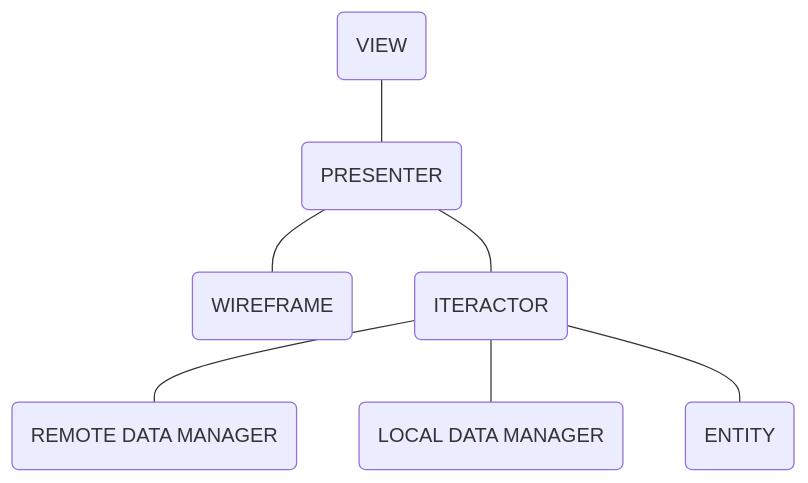
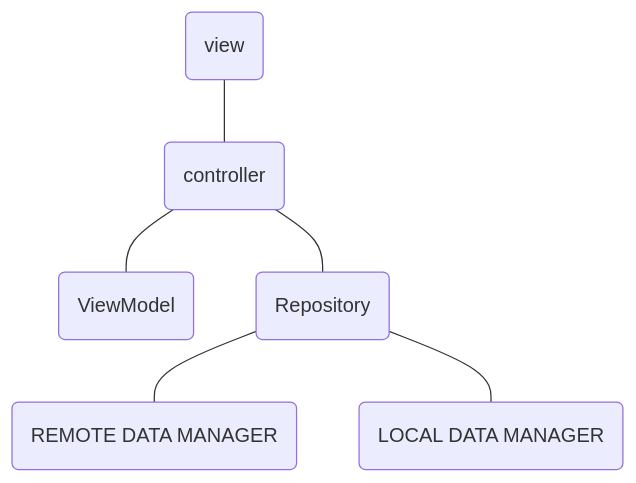
One commit to fiiss/mercadoLibreDev changed the first of 2 diagrams in README.md. Above: the diagram before and after it, drawn with Mermaid. The commit also changed other lines of this file, not shown here.

````diff
--- a/README.md
+++ b/README.md
@@ -42,10 +48,9 @@
-```mermaid
-
-graph TD
-A(VIEW)  --- B(PRESENTER)
-B --- C(WIREFRAME)
-B --- D(ITERACTOR)
-D --- E(REMOTE DATA MANAGER)
-D --- G(LOCAL DATA MANAGER)
-D --- F(ENTITY)
-```
+```mermaid  
+  
+graph TD  
+A(view)  --- B(controller)  
+B --- C(ViewModel)  
+B --- D(Repository)  
+D --- E(REMOTE DATA MANAGER)  
+D --- G(LOCAL DATA MANAGER)  
+```  
````
